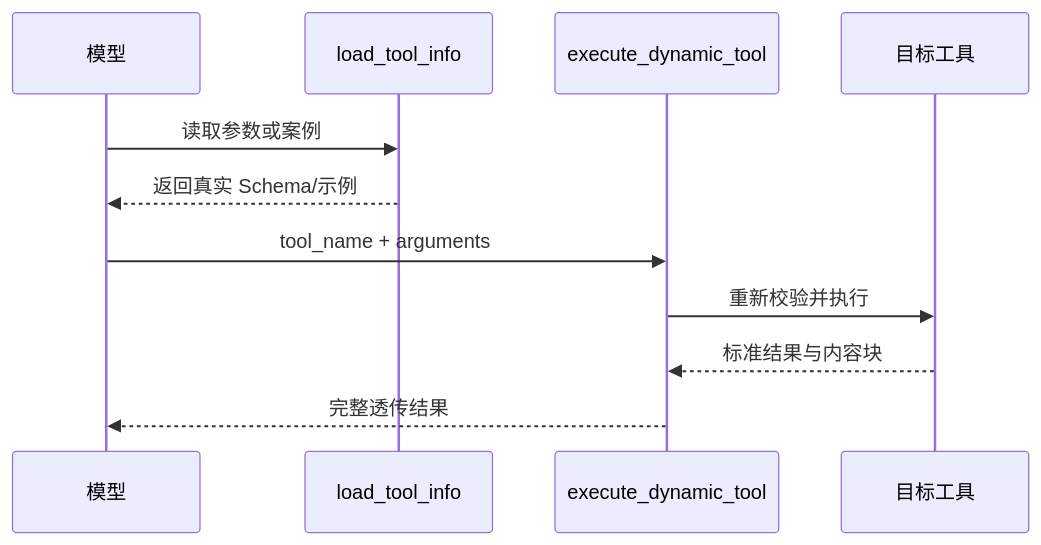
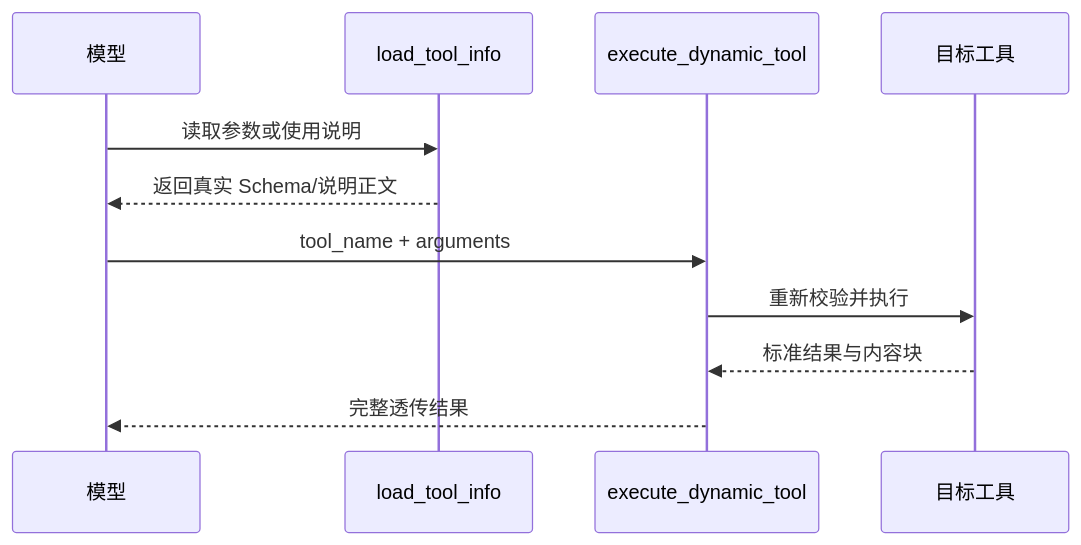
Before and after one commit to LikeMirage/Tiance: the diagram in docs/08_动态工具加载机制.md, drawn with Mermaid. The commit also changed other lines of this file and 362 other files, not shown here.

````diff
--- a/docs/08_动态工具加载机制.md
+++ b/docs/08_动态工具加载机制.md
@@ -22,13 +22,13 @@
 ```mermaid
 sequenceDiagram
     participant M as 模型
     participant L as load_tool_info
     participant E as execute_dynamic_tool
     participant T as 目标工具
-    M->>L: 读取参数或案例
-    L-->>M: 返回真实 Schema/示例
+    M->>L: 读取参数或使用说明
+    L-->>M: 返回真实 Schema/说明正文
     M->>E: tool_name + arguments
     E->>T: 重新校验并执行
     T-->>E: 标准结果与内容块
     E-->>M: 完整透传结果
 ```
````
